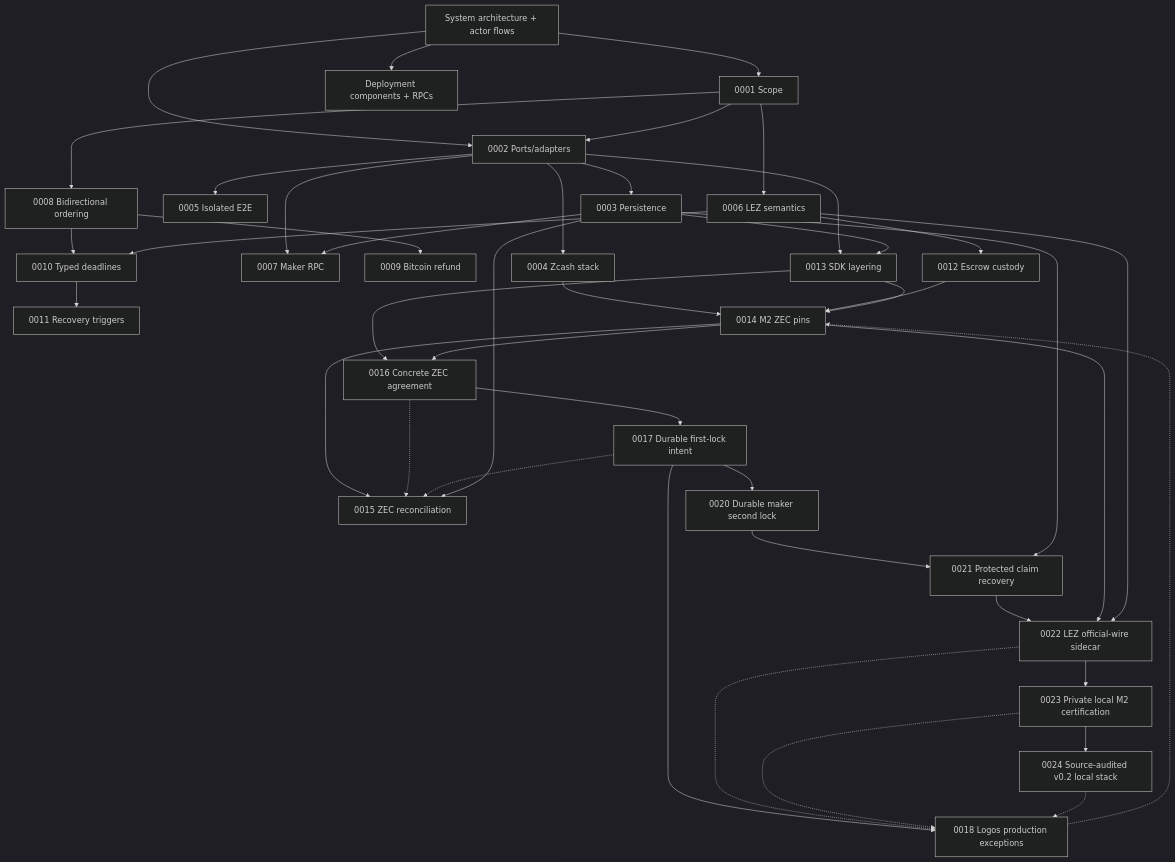
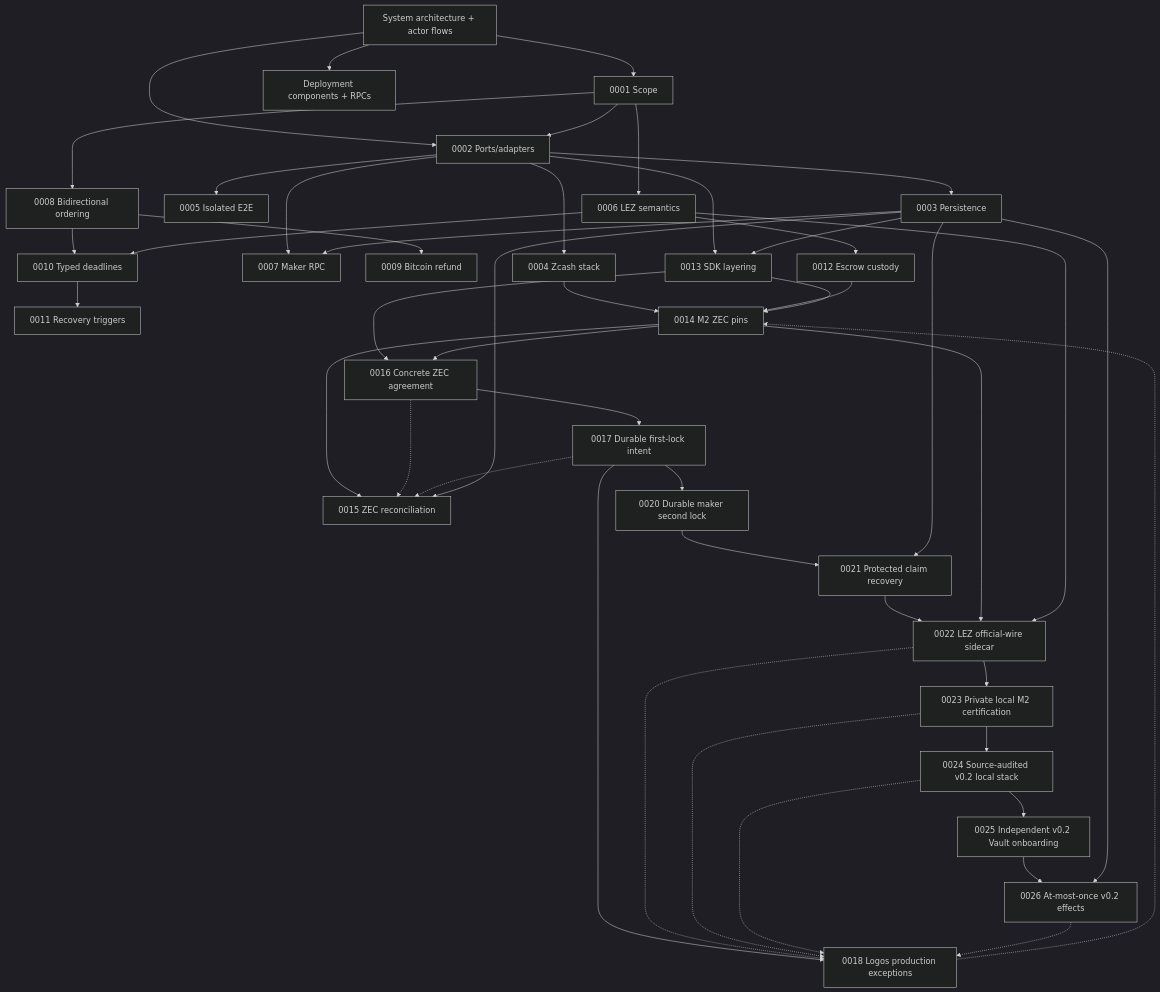
One commit to gateway-fm/lez-atomic-swaps changed the diagram in docs/architecture/README.md. Above: the diagram before and after it, drawn with Mermaid (dark theme). The commit also changed other lines of this file and 11 other files, not shown here.

````diff
--- a/docs/architecture/README.md
+++ b/docs/architecture/README.md
@@ -25,44 +25,48 @@
 ```mermaid
 flowchart TB
     System["System architecture + actor flows"] --> Scope["0001 Scope"]
     System --> Deployment["Deployment components + RPCs"]
     System --> Ports["0002 Ports/adapters"]
     Scope --> Ports
     Ports --> Persistence["0003 Persistence"]
     Ports --> Zcash["0004 Zcash stack"]
     Ports --> Docker["0005 Isolated E2E"]
     Scope --> LEZ["0006 LEZ semantics"]
     Ports --> RPC["0007 Maker RPC"]
     Scope --> Direction["0008 Bidirectional ordering"]
     Direction --> Bitcoin["0009 Bitcoin refund"]
     Direction --> Deadlines["0010 Typed deadlines"]
     LEZ --> Deadlines
     Deadlines --> Recovery["0011 Recovery triggers"]
     LEZ --> Custody["0012 Escrow custody"]
     Ports --> SDK["0013 SDK layering"]
     Zcash --> ZecPins["0014 M2 ZEC pins"]
     Custody --> ZecPins
     SDK --> ZecPins
     ZecPins --> ZecReconcile["0015 ZEC reconciliation"]
     SDK --> Agreement["0016 Concrete ZEC agreement"]
     Agreement --> FirstLock["0017 Durable first-lock intent"]
     FirstLock --> MakerLock["0020 Durable maker second lock"]
     MakerLock --> ClaimRecovery["0021 Protected claim recovery"]
     ClaimRecovery --> LezSidecar["0022 LEZ official-wire sidecar"]
     LezSidecar --> LocalM2["0023 Private local M2 certification"]
     LocalM2 --> LocalStack["0024 Source-audited v0.2 local stack"]
+    LocalStack --> VaultActors["0025 Independent v0.2 Vault onboarding"]
+    VaultActors --> V02Effects["0026 At-most-once v0.2 effects"]
     ZecPins --> LezSidecar
     LEZ --> LezSidecar
     ZecPins --> Agreement
     Agreement -.-> ZecReconcile
     FirstLock -.-> ZecReconcile
     FirstLock --> Upstream["0018 Logos production exceptions"]
     Upstream -.-> ZecPins
     Persistence --> ZecReconcile
     Persistence --> SDK
     Persistence --> RPC
     Persistence --> ClaimRecovery
+    Persistence --> V02Effects
     LezSidecar -.-> Upstream
     LocalM2 -.-> Upstream
     LocalStack -.-> Upstream
+    V02Effects -.-> Upstream
 ```
````
